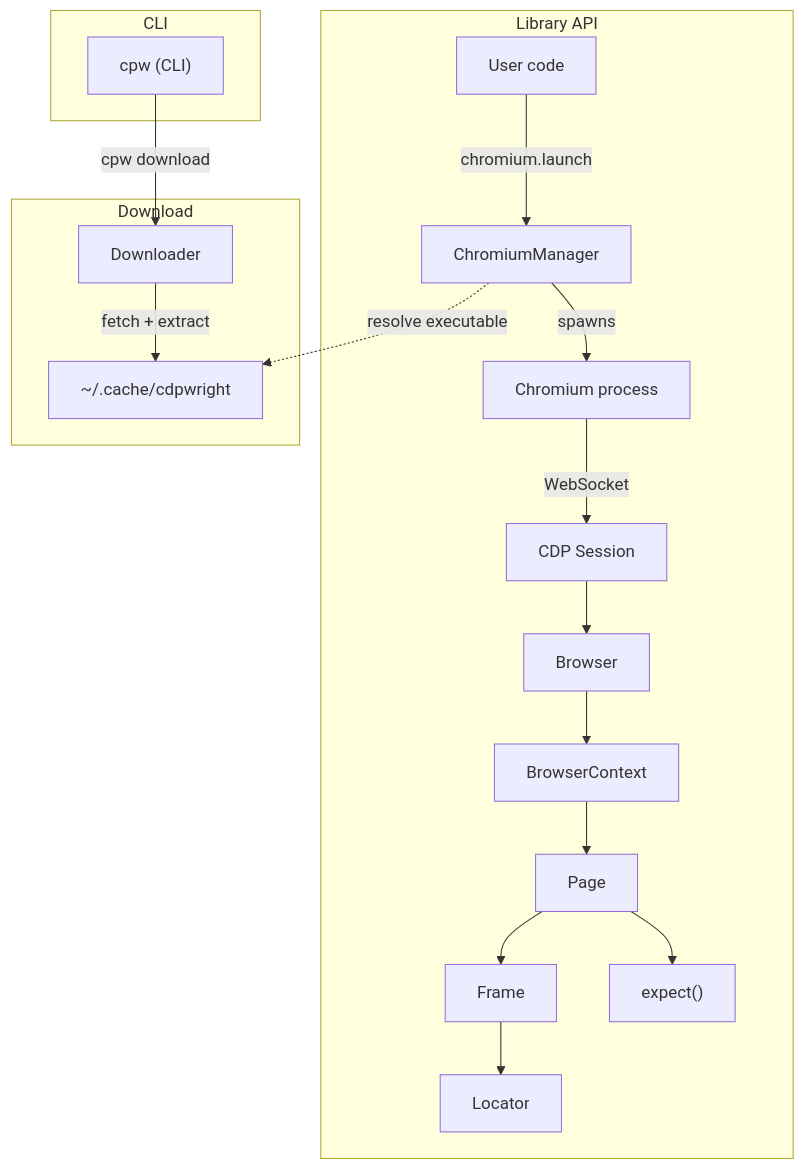
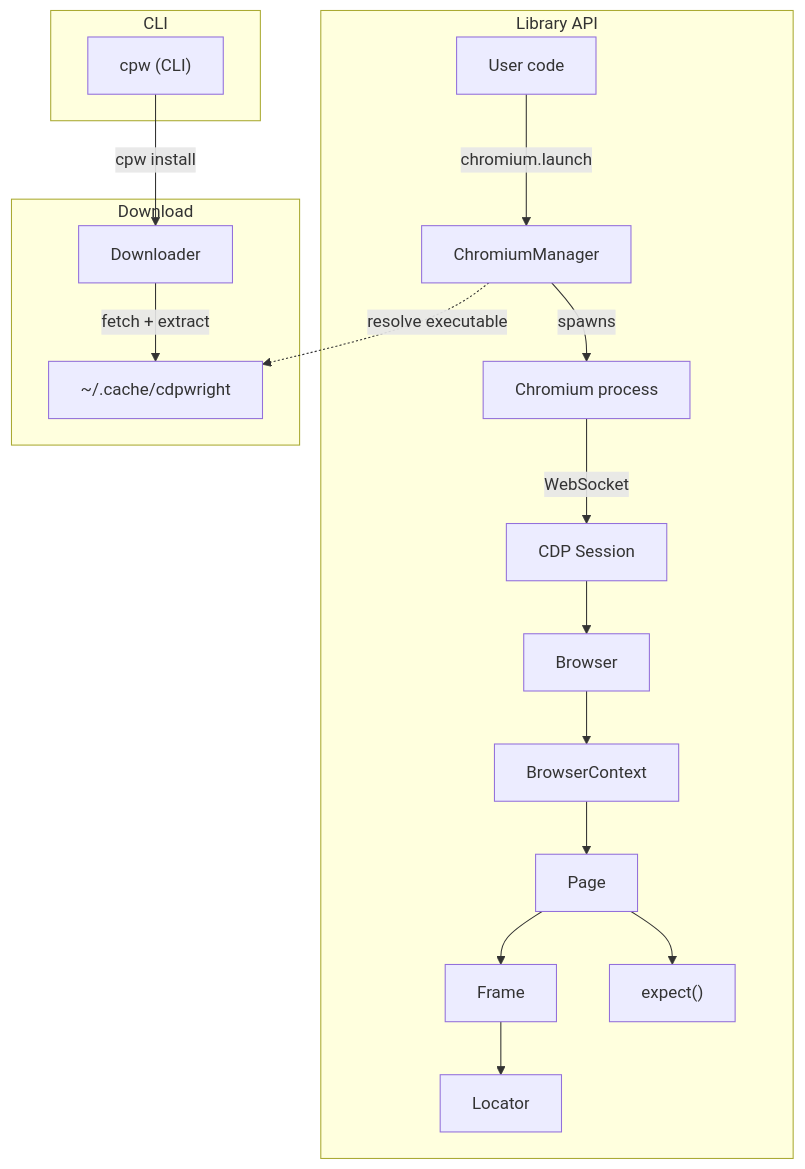
One commit to toolstackhq/cdpwright changed the diagram in README.md. Above: the diagram before and after it, drawn with Mermaid. The commit also changed other lines of this file and 8 other files, not shown here.

````diff
--- a/README.md
+++ b/README.md
@@ -55,24 +55,24 @@
 ```mermaid
 graph TD
     subgraph CLI
         CPW["cpw (CLI)"]
     end
 
     subgraph Library API
         USER["User code"] -->|chromium.launch| MGR[ChromiumManager]
         MGR -->|spawns| PROC[Chromium process]
         PROC -->|WebSocket| CDP[CDP Session]
         CDP --> BROWSER[Browser]
         BROWSER --> CTX[BrowserContext]
         CTX --> PAGE[Page]
         PAGE --> FRAME[Frame]
         FRAME --> LOC[Locator]
         PAGE --> EXPECT["expect()"]
     end
 
     subgraph Download
-        CPW -->|cpw download| DL[Downloader]
+        CPW -->|cpw install| DL[Downloader]
         DL -->|fetch + extract| CACHE["~/.cache/cdpwright"]
         MGR -.->|resolve executable| CACHE
     end
 ```
````
